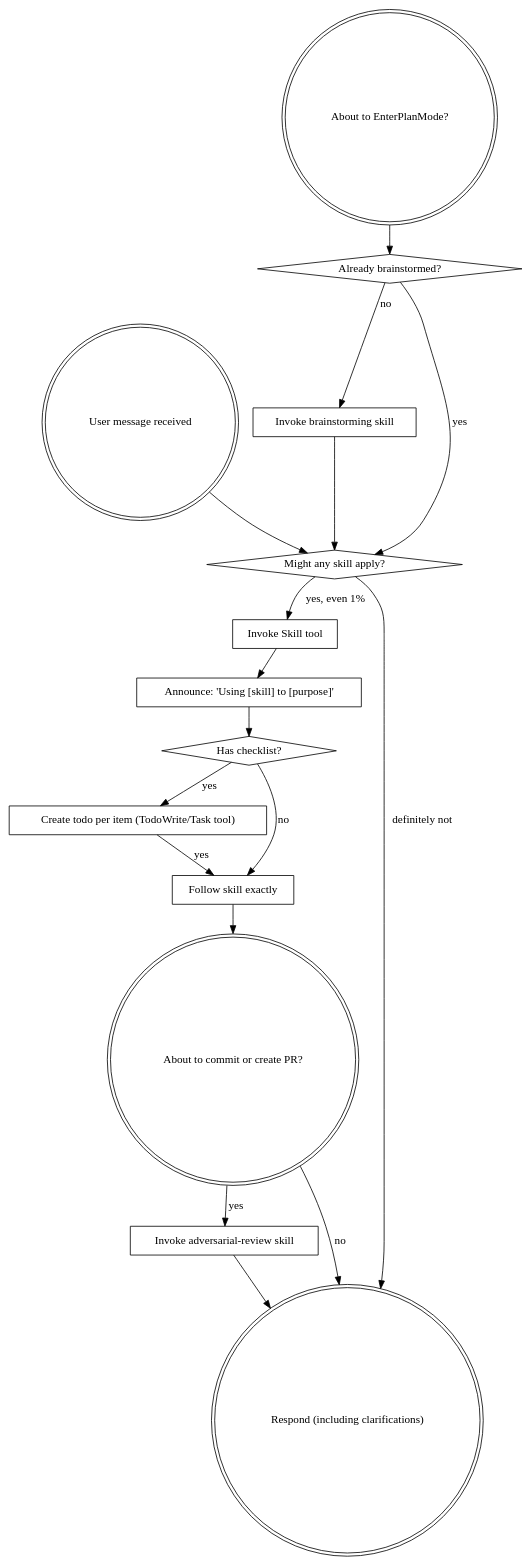
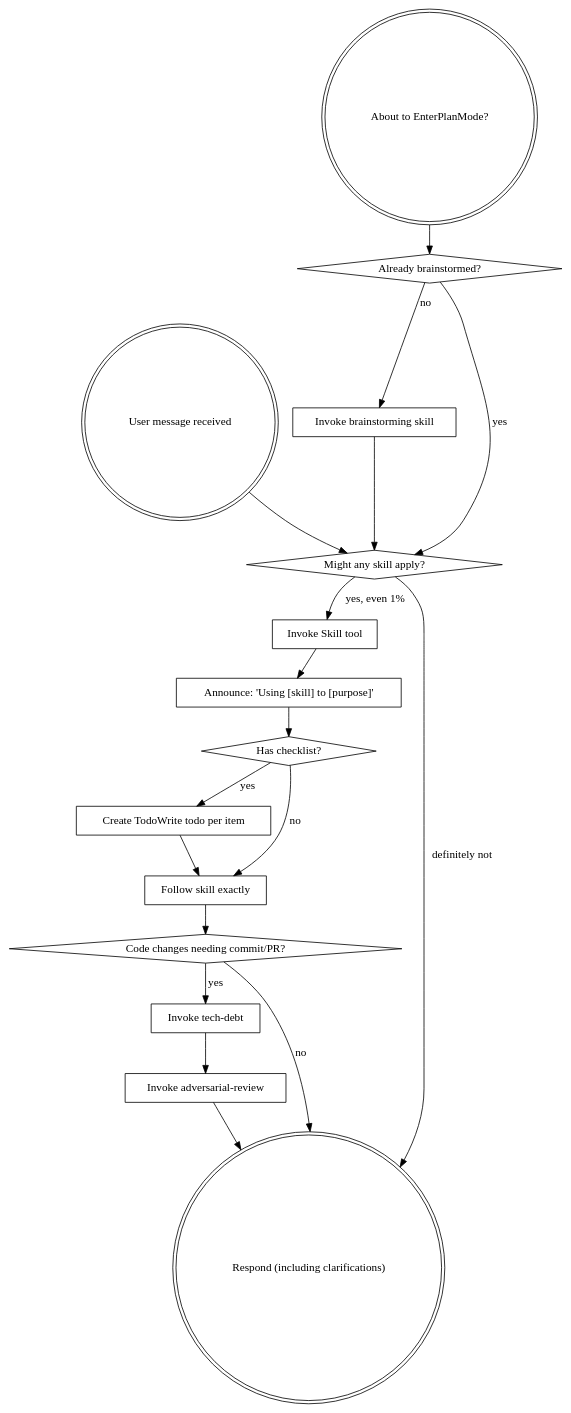
The diagram in skills/using-superpowers/SKILL.md (binhex/superpowers), drawn with Graphviz before and after one commit. The commit also changed other lines of this file and 57 other files, not shown here.

Commit message:
rebase back to clone and integrate tech-debt and adv-rev

````diff
--- a/skills/using-superpowers/SKILL.md
+++ b/skills/using-superpowers/SKILL.md
@@ -59,35 +48,37 @@
 ```dot
 digraph skill_flow {
     "User message received" [shape=doublecircle];
     "About to EnterPlanMode?" [shape=doublecircle];
     "Already brainstormed?" [shape=diamond];
     "Invoke brainstorming skill" [shape=box];
     "Might any skill apply?" [shape=diamond];
     "Invoke Skill tool" [shape=box];
     "Announce: 'Using [skill] to [purpose]'" [shape=box];
     "Has checklist?" [shape=diamond];
-    "Create todo per item (TodoWrite/Task tool)" [shape=box];
+    "Create TodoWrite todo per item" [shape=box];
     "Follow skill exactly" [shape=box];
-    "About to commit or create PR?" [shape=doublecircle];
-    "Invoke adversarial-review skill" [shape=box];
+    "Code changes needing commit/PR?" [shape=diamond];
+    "Invoke tech-debt" [shape=box];
+    "Invoke adversarial-review" [shape=box];
     "Respond (including clarifications)" [shape=doublecircle];
 
     "About to EnterPlanMode?" -> "Already brainstormed?";
     "Already brainstormed?" -> "Invoke brainstorming skill" [label="no"];
     "Already brainstormed?" -> "Might any skill apply?" [label="yes"];
     "Invoke brainstorming skill" -> "Might any skill apply?";
 
     "User message received" -> "Might any skill apply?";
     "Might any skill apply?" -> "Invoke Skill tool" [label="yes, even 1%"];
     "Might any skill apply?" -> "Respond (including clarifications)" [label="definitely not"];
     "Invoke Skill tool" -> "Announce: 'Using [skill] to [purpose]'";
     "Announce: 'Using [skill] to [purpose]'" -> "Has checklist?";
-    "Has checklist?" -> "Create todo per item (TodoWrite/Task tool)" [label="yes"];
+    "Has checklist?" -> "Create TodoWrite todo per item" [label="yes"];
     "Has checklist?" -> "Follow skill exactly" [label="no"];
-    "Create todo per item (TodoWrite/Task tool)" -> "Follow skill exactly" [label="yes"];
-    "Follow skill exactly" -> "About to commit or create PR?";
-    "About to commit or create PR?" -> "Invoke adversarial-review skill" [label="yes"];
-    "About to commit or create PR?" -> "Respond (including clarifications)" [label="no"];
-    "Invoke adversarial-review skill" -> "Respond (including clarifications)";
+    "Create TodoWrite todo per item" -> "Follow skill exactly";
+    "Follow skill exactly" -> "Code changes needing commit/PR?";
+    "Code changes needing commit/PR?" -> "Invoke tech-debt" [label="yes"];
+    "Code changes needing commit/PR?" -> "Respond (including clarifications)" [label="no"];
+    "Invoke tech-debt" -> "Invoke adversarial-review";
+    "Invoke adversarial-review" -> "Respond (including clarifications)";
 }
 ```
````
